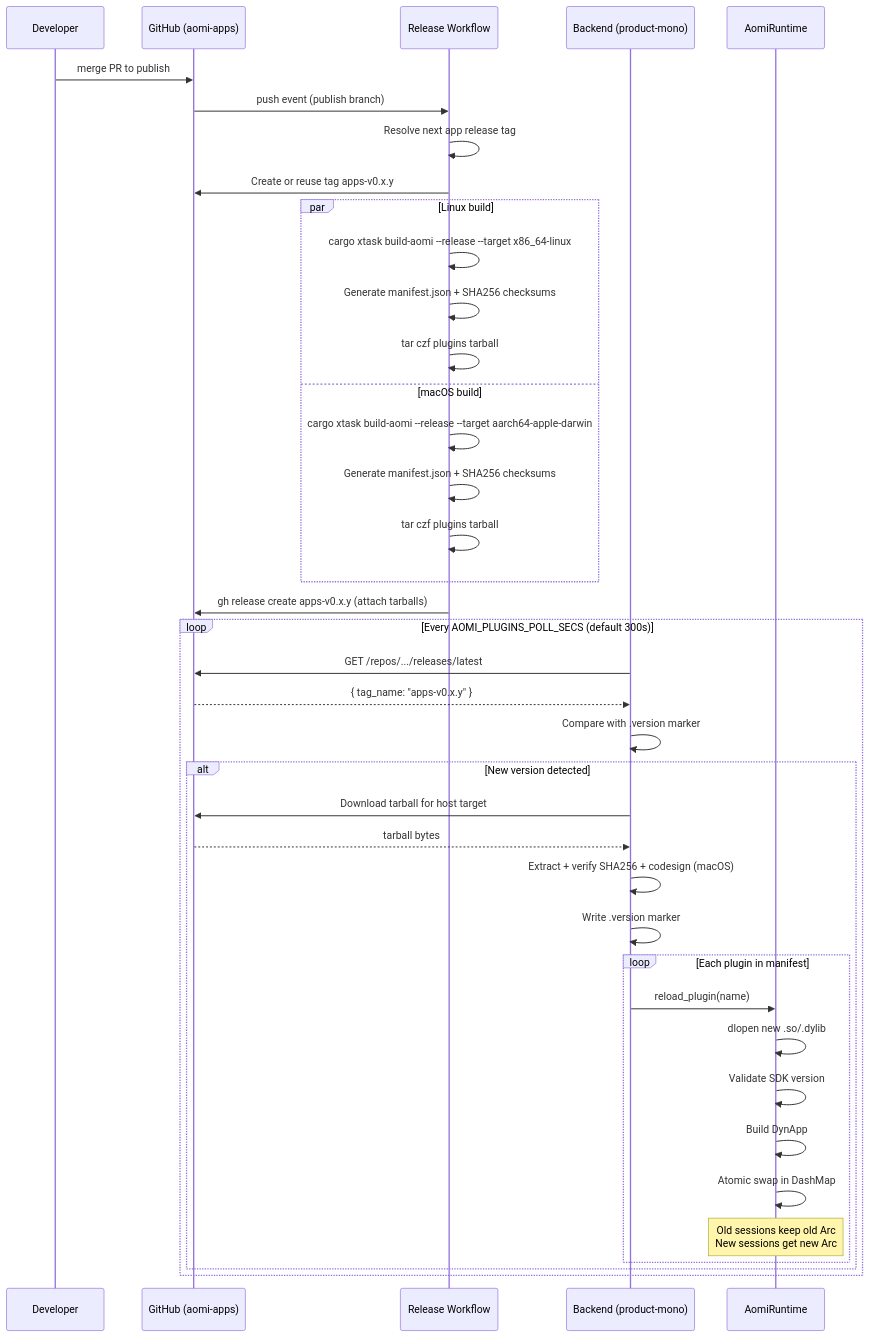
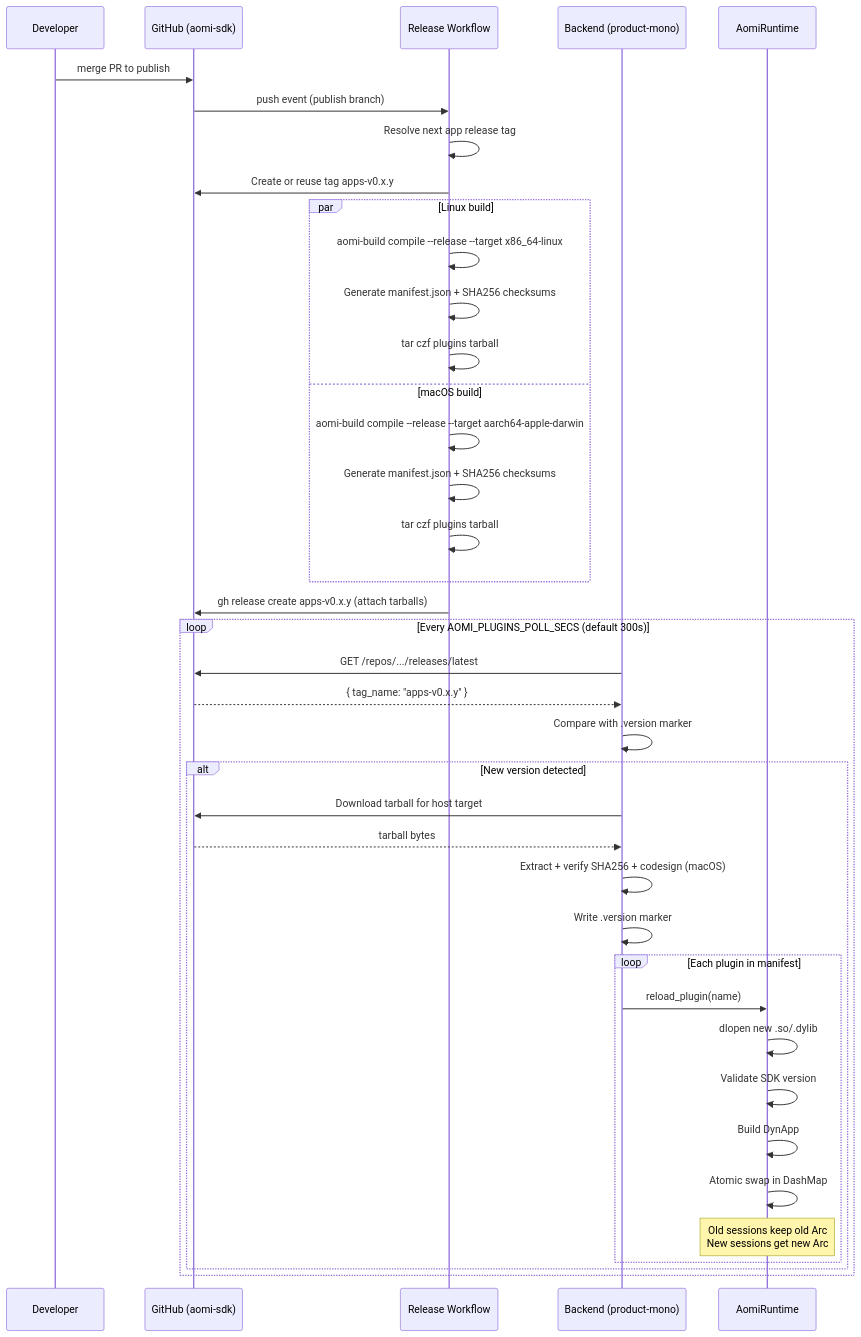
The second of 2 diagrams in README.md (aomi-labs/aomi-sdk), drawn with Mermaid before and after one commit. The commit also changed other lines of this file and 27 other files, not shown here.

````diff
--- a/README.md
+++ b/README.md
@@ -147,48 +156,48 @@
 ```mermaid
 sequenceDiagram
     participant DEV as Developer
-    participant GH as GitHub (aomi-apps)
+    participant GH as GitHub (aomi-sdk)
     participant CI as Release Workflow
     participant BE as Backend (product-mono)
     participant RT as AomiRuntime
 
     DEV->>GH: merge PR to publish
     GH->>CI: push event (publish branch)
 
     CI->>CI: Resolve next app release tag
     CI->>GH: Create or reuse tag apps-v0.x.y
 
     par Linux build
-        CI->>CI: cargo xtask build-aomi --release --target x86_64-linux
+        CI->>CI: aomi-build compile --release --target x86_64-linux
         CI->>CI: Generate manifest.json + SHA256 checksums
         CI->>CI: tar czf plugins tarball
     and macOS build
-        CI->>CI: cargo xtask build-aomi --release --target aarch64-apple-darwin
+        CI->>CI: aomi-build compile --release --target aarch64-apple-darwin
         CI->>CI: Generate manifest.json + SHA256 checksums
         CI->>CI: tar czf plugins tarball
     end
 
     CI->>GH: gh release create apps-v0.x.y (attach tarballs)
 
     loop Every AOMI_PLUGINS_POLL_SECS (default 300s)
         BE->>GH: GET /repos/.../releases/latest
         GH-->>BE: { tag_name: "apps-v0.x.y" }
         BE->>BE: Compare with .version marker
 
         alt New version detected
             BE->>GH: Download tarball for host target
             GH-->>BE: tarball bytes
             BE->>BE: Extract + verify SHA256 + codesign (macOS)
             BE->>BE: Write .version marker
 
             loop Each plugin in manifest
                 BE->>RT: reload_plugin(name)
                 RT->>RT: dlopen new .so/.dylib
                 RT->>RT: Validate SDK version
                 RT->>RT: Build DynApp
                 RT->>RT: Atomic swap in DashMap
                 Note over RT: Old sessions keep old Arc<br/>New sessions get new Arc
             end
         end
     end
 ```
````
